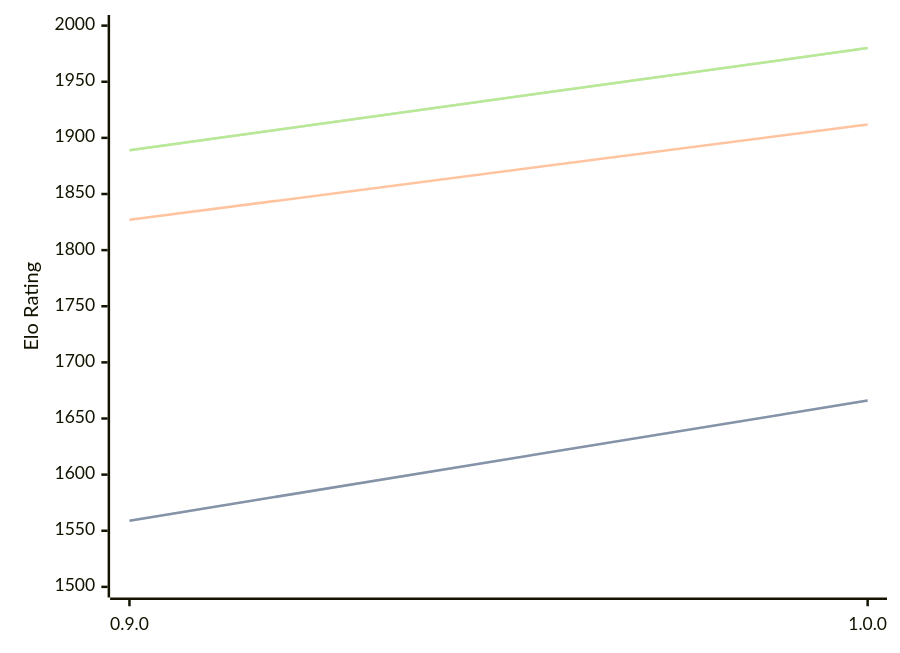
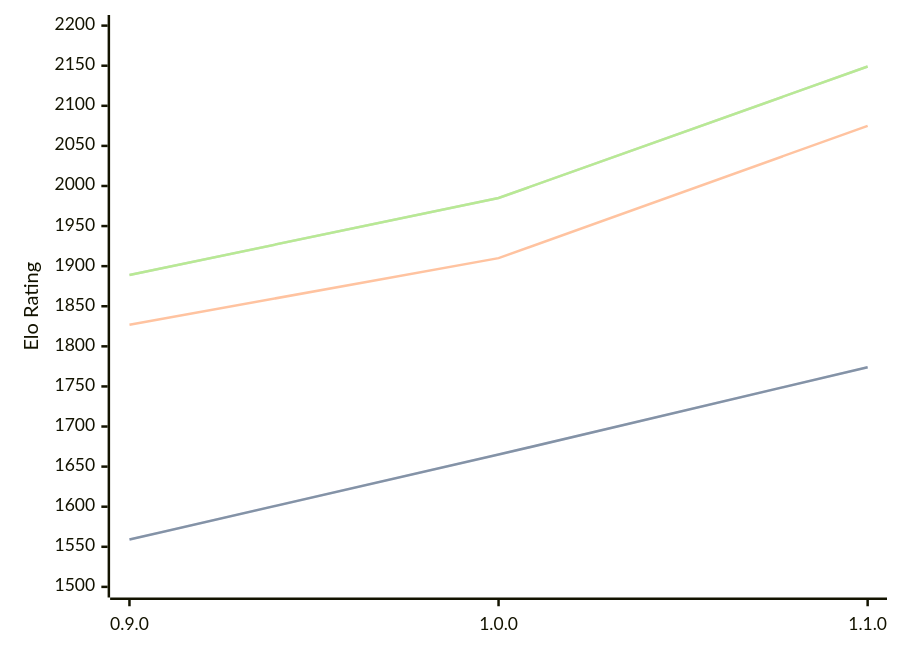
The diagram in engines/Ratsu.md (computer-chess-index/cci), drawn with Mermaid before and after one commit. The commit also changed other lines of this file, not shown here.

Commit message:
Update CCI Ratings (ELO VLTC) - 2026-04-22

````diff
--- a/engines/Ratsu.md
+++ b/engines/Ratsu.md
@@ -32,11 +33,11 @@
 ```mermaid
 %%{init: {"theme":"base","themeVariables":{"seriesColors:['#a3a3a3','#222221','#faa371']}}}%%
 xychart-beta
-  x-axis ["0.9.0", "1.0.0"]
-  y-axis "Elo Rating" 1500 --> 2000
-  line "STC (8.0+0.08s)" [1559, 1666]
-  line "STC (8.0+0.08s)" [1559, 1666]
-  line "LTC (60.0+0.60s)" [1827, 1912]
-  line "VLTC (2m24s+1.12s)" [1889, 1980]
-  line "VLTC (2m24s+1.12s)" [1889, 1980]
+  x-axis ["0.9.0", "1.0.0", "1.1.0"]
+  y-axis "Elo Rating" 1500 --> 2200
+  line "STC (8.0+0.08s)" [1559, 1665, 1774]
+  line "STC (8.0+0.08s)" [1559, 1665, 1774]
+  line "LTC (60.0+0.60s)" [1827, 1910, 2075]
+  line "VLTC (2m24s+1.12s)" [1889, 1985, 2149]
+  line "VLTC (2m24s+1.12s)" [1889, 1985, 2149]
 ```
````
